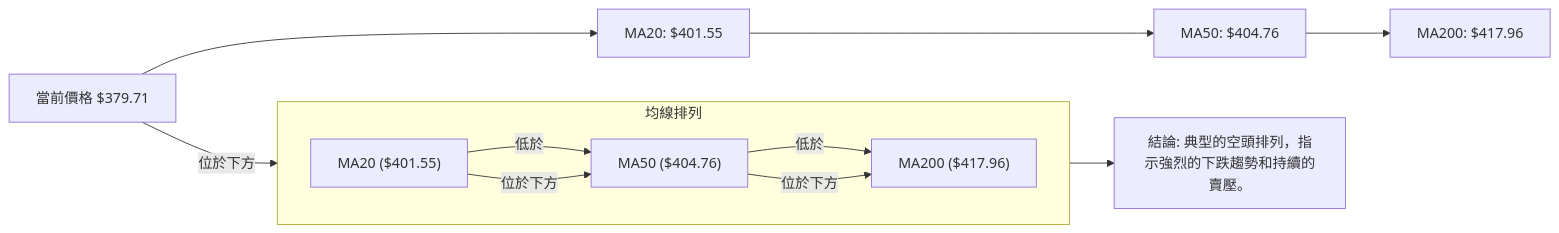
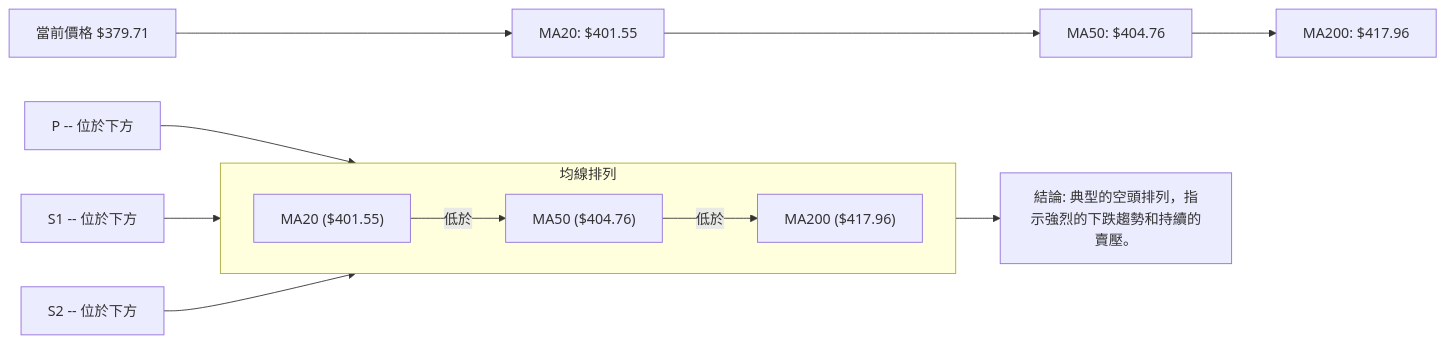
Before and after one commit to yennanliu/finance_data: the sixth of 6 diagrams in ai_gen_report/stock/tsla/technical_analysis_2026-06-27_gemini.md, drawn with Mermaid. The commit also changed other lines of this file and 2258 other files, not shown here.

First line of the commit message:
chore: backfill Mermaid syntax repair across existing reports

````diff
--- a/ai_gen_report/stock/tsla/technical_analysis_2026-06-27_gemini.md
+++ b/ai_gen_report/stock/tsla/technical_analysis_2026-06-27_gemini.md
@@ -452,18 +452,18 @@
 ```mermaid
 graph LR
-    P[當前價格 $379.71] --> M20[MA20: $401.55]
-    M20 --> M50[MA50: $404.76]
-    M50 --> M200[MA200: $417.96]
+    P["當前價格 $379.71"] --> M20["MA20: $401.55"]
+    M20 --> M50["MA50: $404.76"]
+    M50 --> M200["MA200: $417.96"]
 
     subgraph 均線排列
         direction LR
-        S1["MA20 ($401.55)"] -->|低於| S2["MA50 ($404.76)"]
-        S2 -->|低於| S3["MA200 ($417.96)"]
+        S1["MA20 ($401.55)"] -->|"低於"| S2["MA50 ($404.76)"]
+        S2 -->|"低於"| S3["MA200 ($417.96)"]
     end
 
-    P -- 位於下方 --> S1
-    S1 -- 位於下方 --> S2
-    S2 -- 位於下方 --> S3
+    nb1["P -- 位於下方"] --> S1
+    nb2["S1 -- 位於下方"] --> S2
+    nb3["S2 -- 位於下方"] --> S3
 
-    S3 --> C[結論: 典型的空頭排列，指示強烈的下跌趨勢和持續的賣壓。]
+    S3 --> C["結論: 典型的空頭排列，指示強烈的下跌趨勢和持續的賣壓。"]
 ```
````
